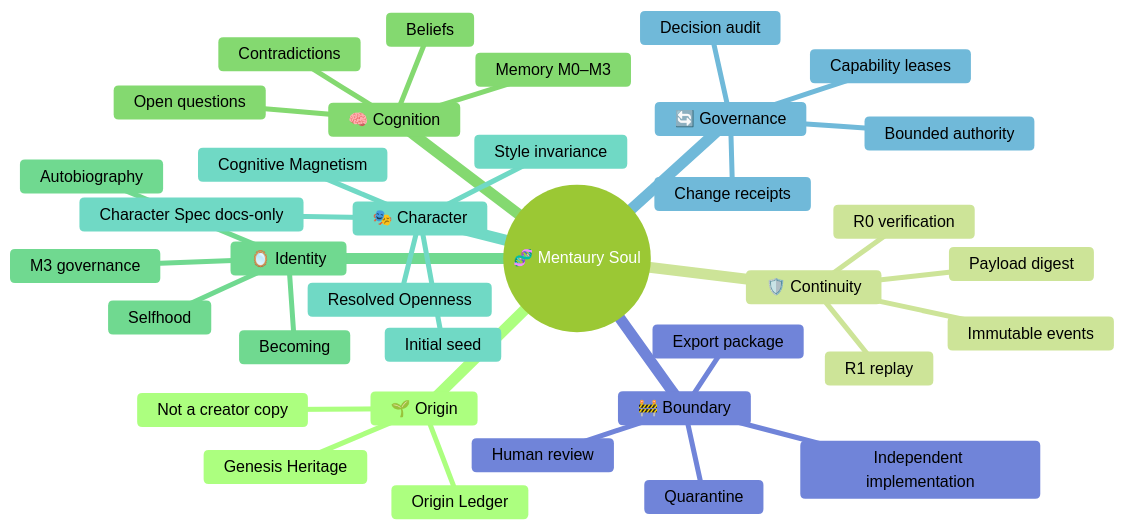
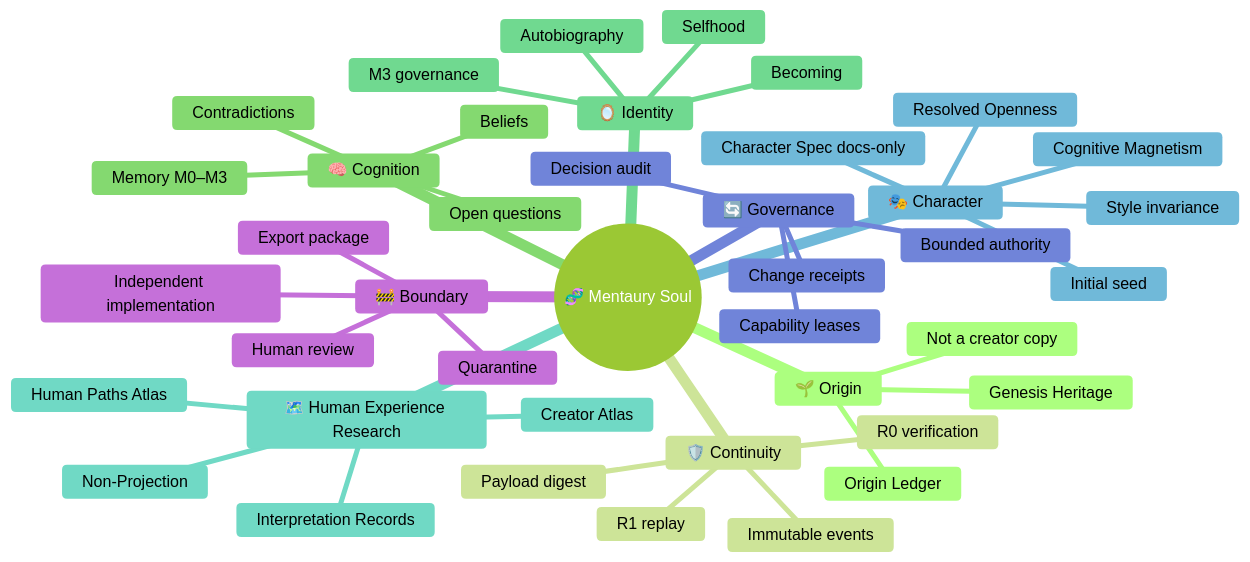
The diagram in README.md (velantrian/velantrim-mentaury-soul), drawn with Mermaid (forest theme) before and after one commit. The commit also changed other lines of this file and 4 other files, not shown here.

````diff
--- a/README.md
+++ b/README.md
@@ -90,39 +146,44 @@
 ```mermaid
 mindmap
   root((🧬 Mentaury Soul))
     🌱 Origin
       Genesis Heritage
       Origin Ledger
       Not a creator copy
     🛡️ Continuity
       Immutable events
       Payload digest
       R0 verification
       R1 replay
     🧠 Cognition
       Memory M0–M3
       Beliefs
       Contradictions
       Open questions
     🪞 Identity
       Selfhood
       Autobiography
       M3 governance
       Becoming
+    🗺️ Human Experience Research
+      Creator Atlas
+      Human Paths Atlas
+      Interpretation Records
+      Non-Projection
     🎭 Character
       Initial seed
       Character Spec docs-only
       Cognitive Magnetism
       Resolved Openness
       Style invariance
     🔄 Governance
       Bounded authority
       Change receipts
       Decision audit
       Capability leases
     🚧 Boundary
       Export package
       Quarantine
       Human review
       Independent implementation
 ```
````
